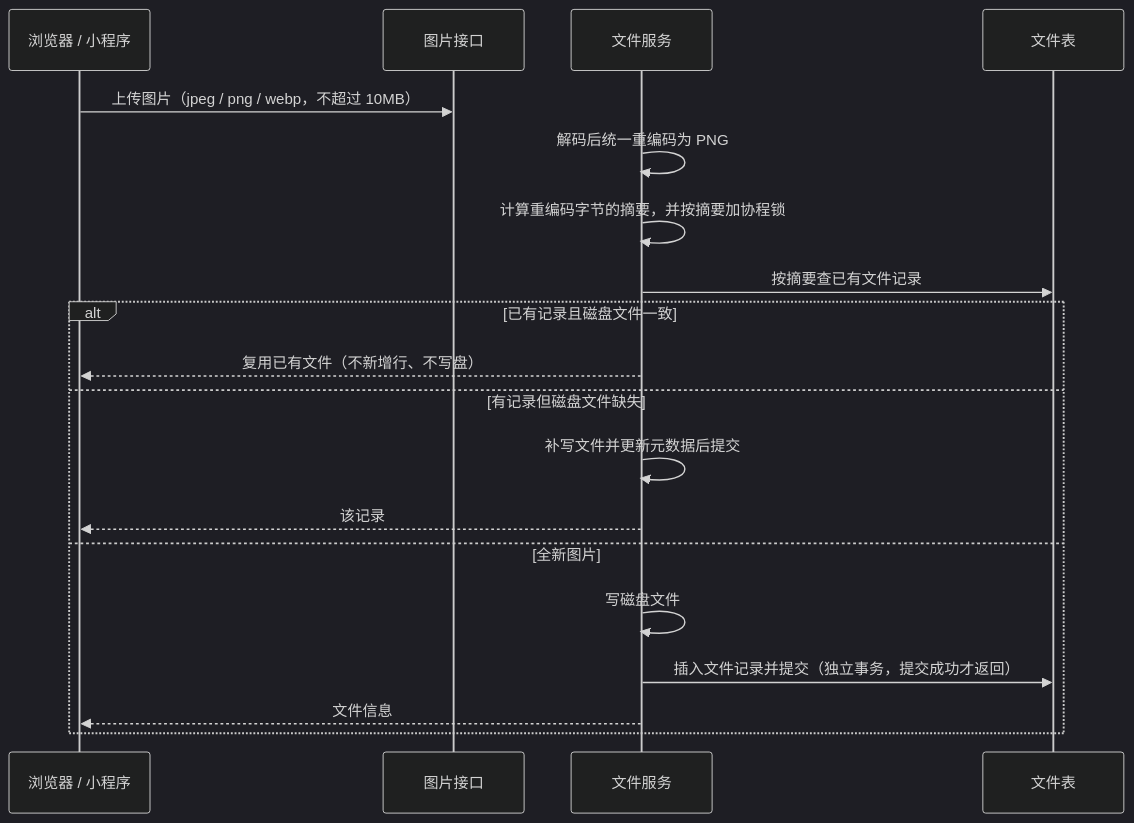
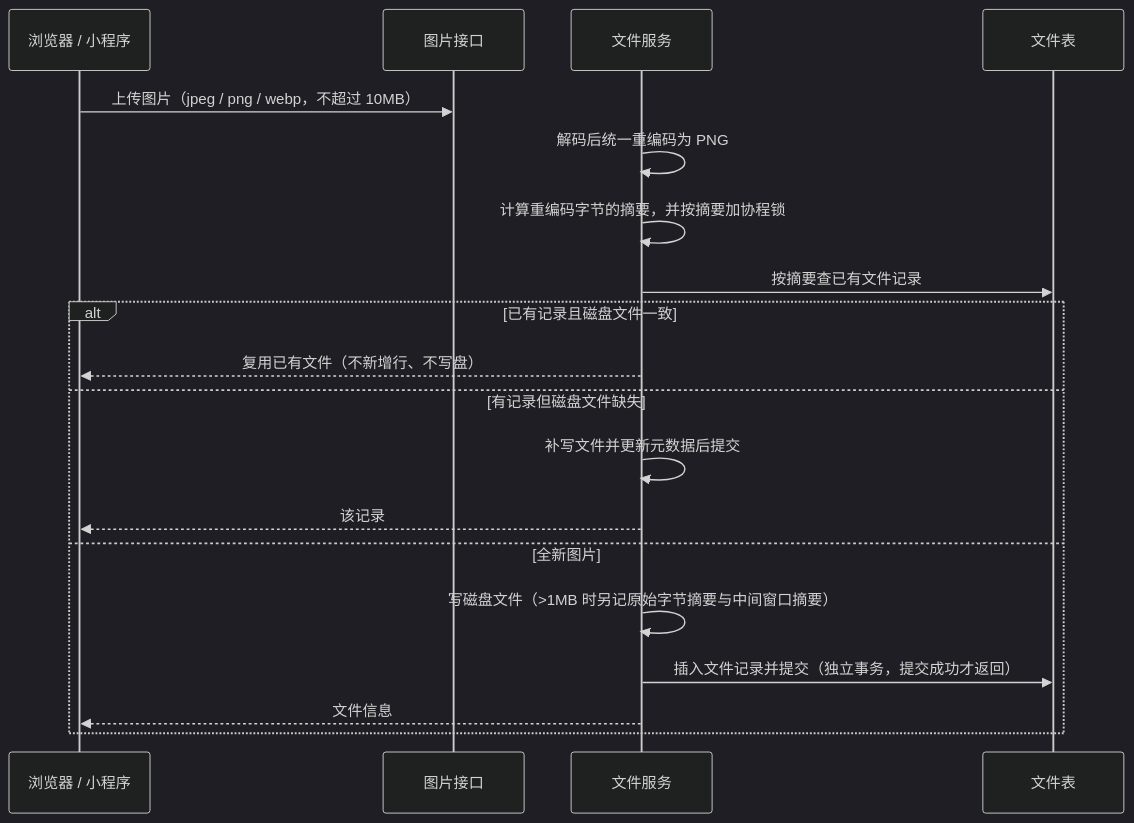
One commit to Sakana-1314/Electrical-Manager changed diagram 20 of 31 in docs/websites/pages/dev-flows.md. Above: the diagram before and after it, drawn with Mermaid (dark theme). The commit also changed other lines of this file and 21 other files, not shown here.

Commit message:
feat: 图片上传前摘要校验，命中已有附件时免重复上传 (#362)

````diff
--- a/docs/websites/pages/dev-flows.md
+++ b/docs/websites/pages/dev-flows.md
@@ -302,21 +329,21 @@
 ```mermaid
 sequenceDiagram
     participant U as 浏览器 / 小程序
     participant API as 图片接口
     participant FS as 文件服务
     participant DB as 文件表
     U->>API: 上传图片（jpeg / png / webp，不超过 10MB）
     FS->>FS: 解码后统一重编码为 PNG
     FS->>FS: 计算重编码字节的摘要，并按摘要加协程锁
     FS->>DB: 按摘要查已有文件记录
     alt 已有记录且磁盘文件一致
         FS-->>U: 复用已有文件（不新增行、不写盘）
     else 有记录但磁盘文件缺失
         FS->>FS: 补写文件并更新元数据后提交
         FS-->>U: 该记录
     else 全新图片
-        FS->>FS: 写磁盘文件
+        FS->>FS: 写磁盘文件（>1MB 时另记原始字节摘要与中间窗口摘要）
         FS->>DB: 插入文件记录并提交（独立事务，提交成功才返回）
         FS-->>U: 文件信息
     end
 ```
````
